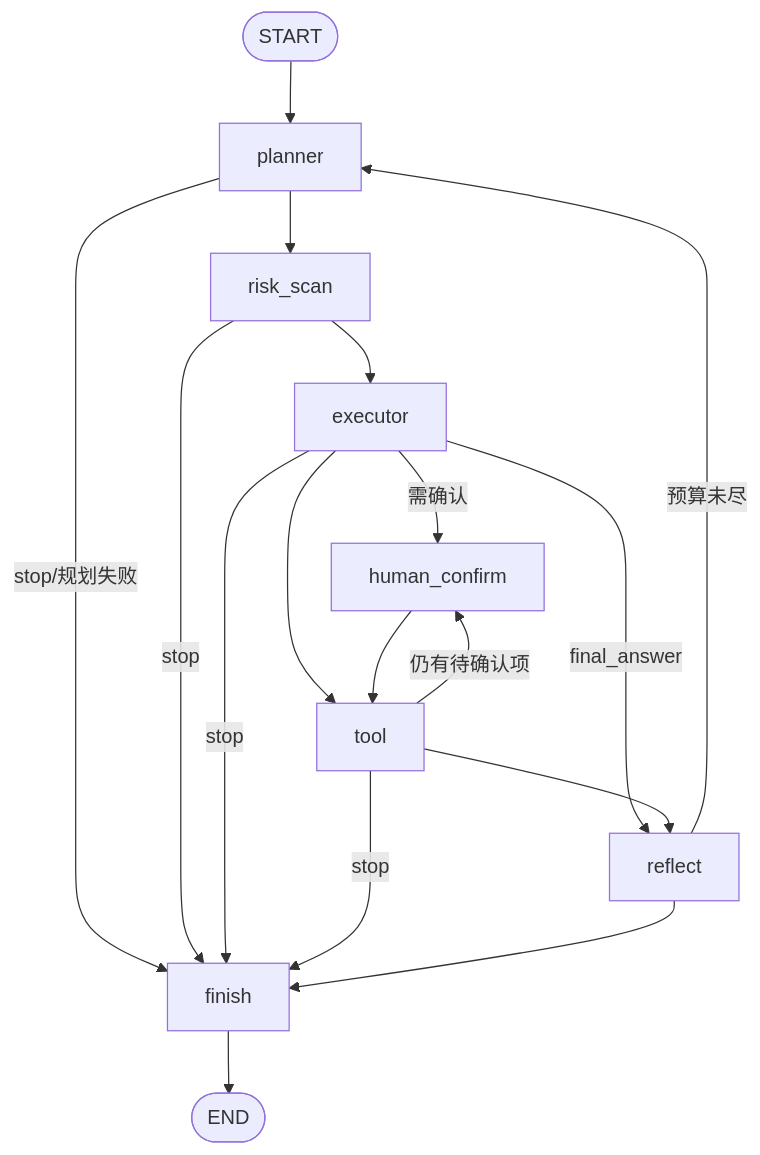
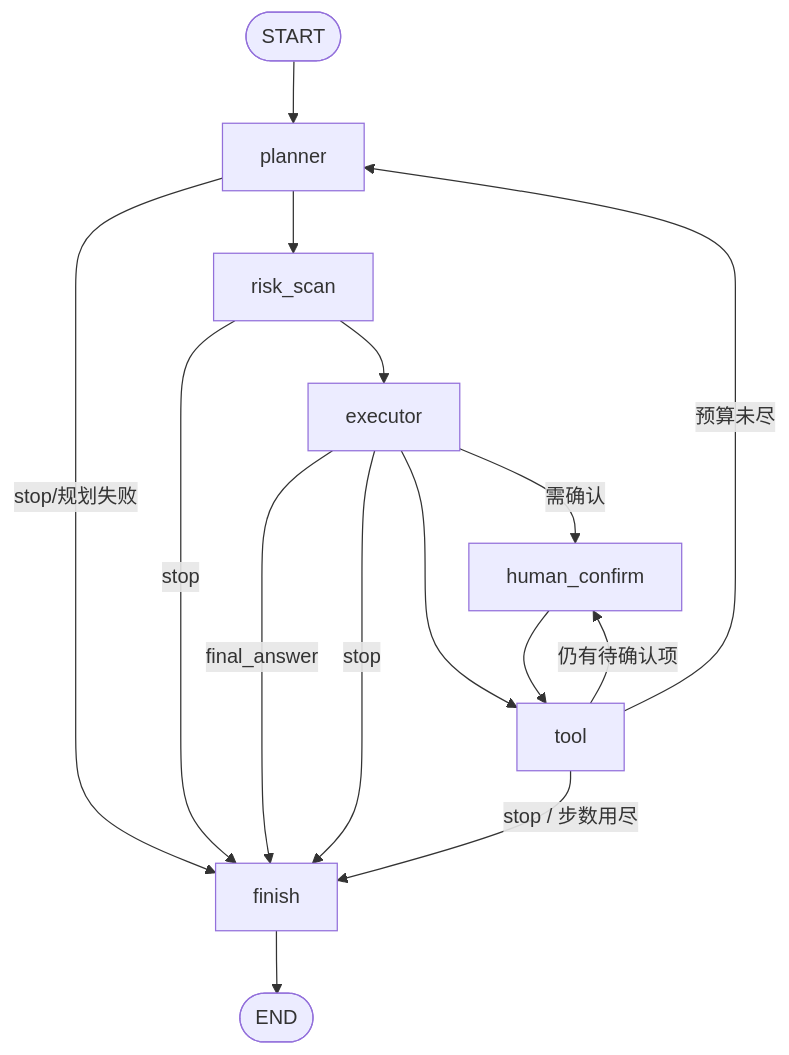
One commit to renjianguojinqianfan/langgraph-agent changed the diagram in README.md. Above: the diagram before and after it, drawn with Mermaid. The commit also changed other lines of this file and 27 other files, not shown here.

````diff
--- a/README.md
+++ b/README.md
@@ -61,19 +60,17 @@
 ```mermaid
 flowchart TD
     S0([START]) --> planner
     planner -->|stop/规划失败| finish
     planner --> risk_scan
     risk_scan -->|stop| finish
     risk_scan --> executor
     executor -->|需确认| human_confirm
     executor --> tool
-    executor -->|final_answer| reflect
+    executor -->|final_answer| finish
     executor -->|stop| finish
     human_confirm --> tool
     tool -->|仍有待确认项| human_confirm
-    tool --> reflect
-    tool -->|stop| finish
-    reflect -->|预算未尽| planner
-    reflect --> finish
+    tool -->|预算未尽| planner
+    tool -->|stop / 步数用尽| finish
     finish --> E0([END])
 ```
````
